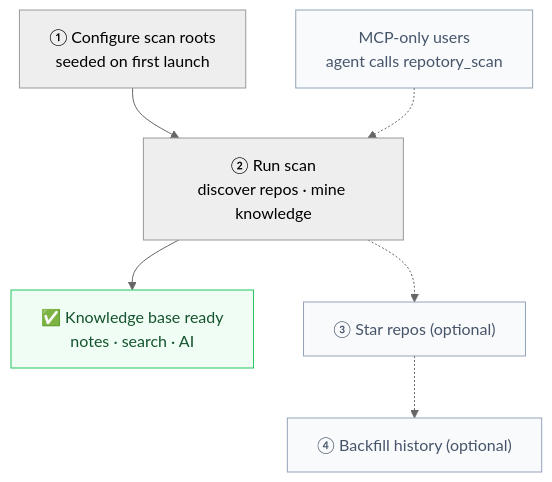
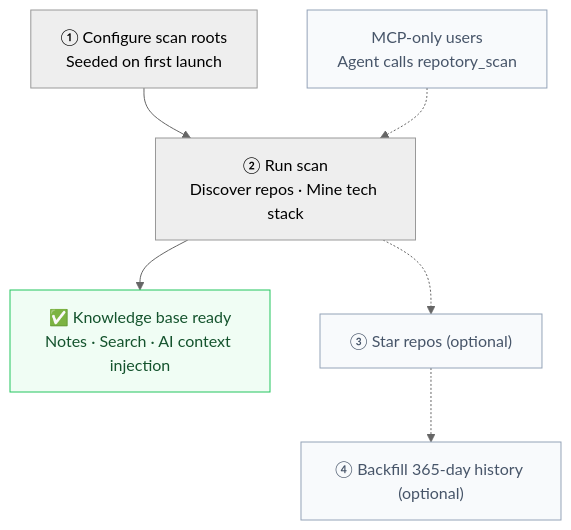
One commit to sky-jiangcheng/repotory changed the diagram in docs/en/getting-started.md. Above: the diagram before and after it, drawn with Mermaid (neutral theme). The commit also changed other lines of this file and 3 other files, not shown here.

````diff
--- a/docs/en/getting-started.md
+++ b/docs/en/getting-started.md
@@ -36,12 +65,12 @@
 ```mermaid
 flowchart TB
-    A["① Configure scan roots<br/>seeded on first launch"] --> B["② Run scan<br/>discover repos · mine knowledge"]
-    E["MCP-only users<br/>agent calls repotory_scan"] -.-> B
-    B --> DONE["✅ Knowledge base ready<br/>notes · search · AI"]
+    A["① Configure scan roots<br/>Seeded on first launch"] --> B["② Run scan<br/>Discover repos · Mine tech stack"]
+    E["MCP-only users<br/>Agent calls repotory_scan"] -.-> B
+    B --> DONE["✅ Knowledge base ready<br/>Notes · Search · AI context injection"]
     B -.-> C["③ Star repos (optional)"]
-    C -.-> D["④ Backfill history (optional)"]
+    C -.-> D["④ Backfill 365-day history (optional)"]
     classDef done fill:#f0fdf4,stroke:#22c55e,color:#14532d
     classDef opt fill:#f8fafc,stroke:#94a3b8,color:#475569
     class DONE done
     class C,D,E opt
 ```
````
